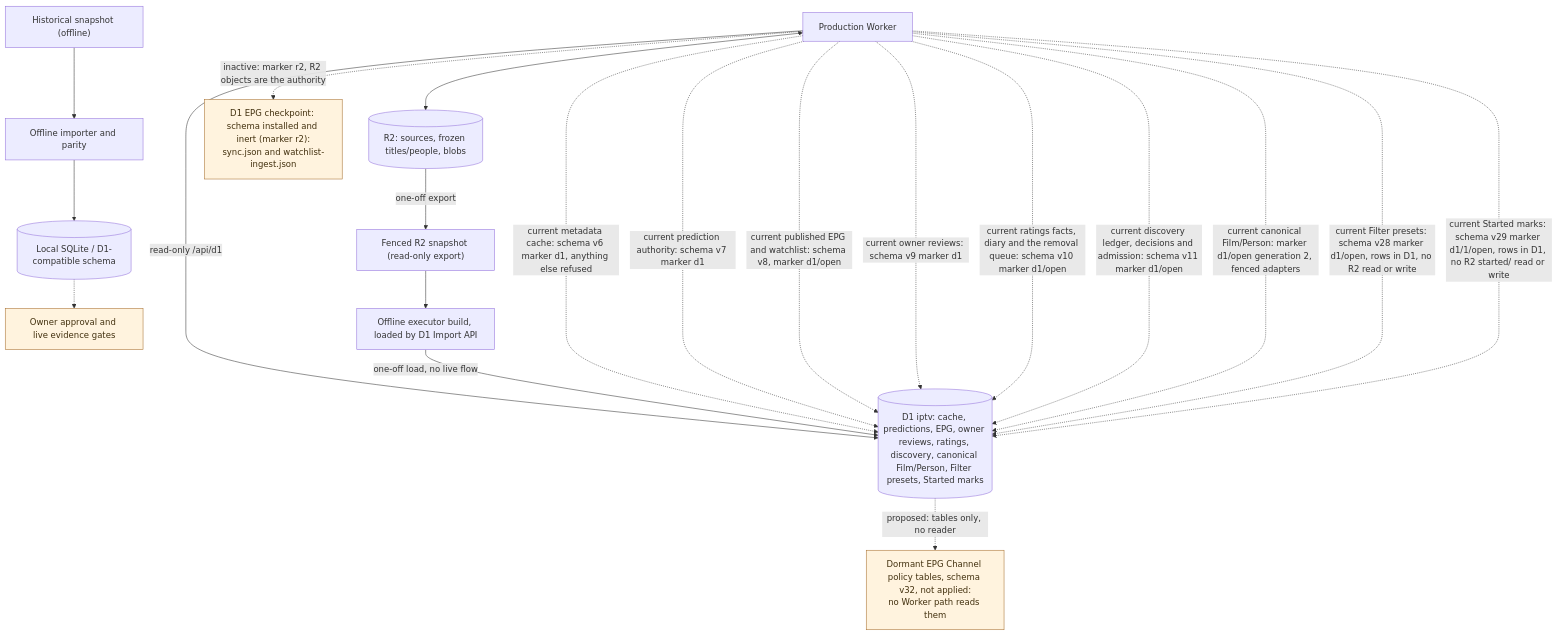
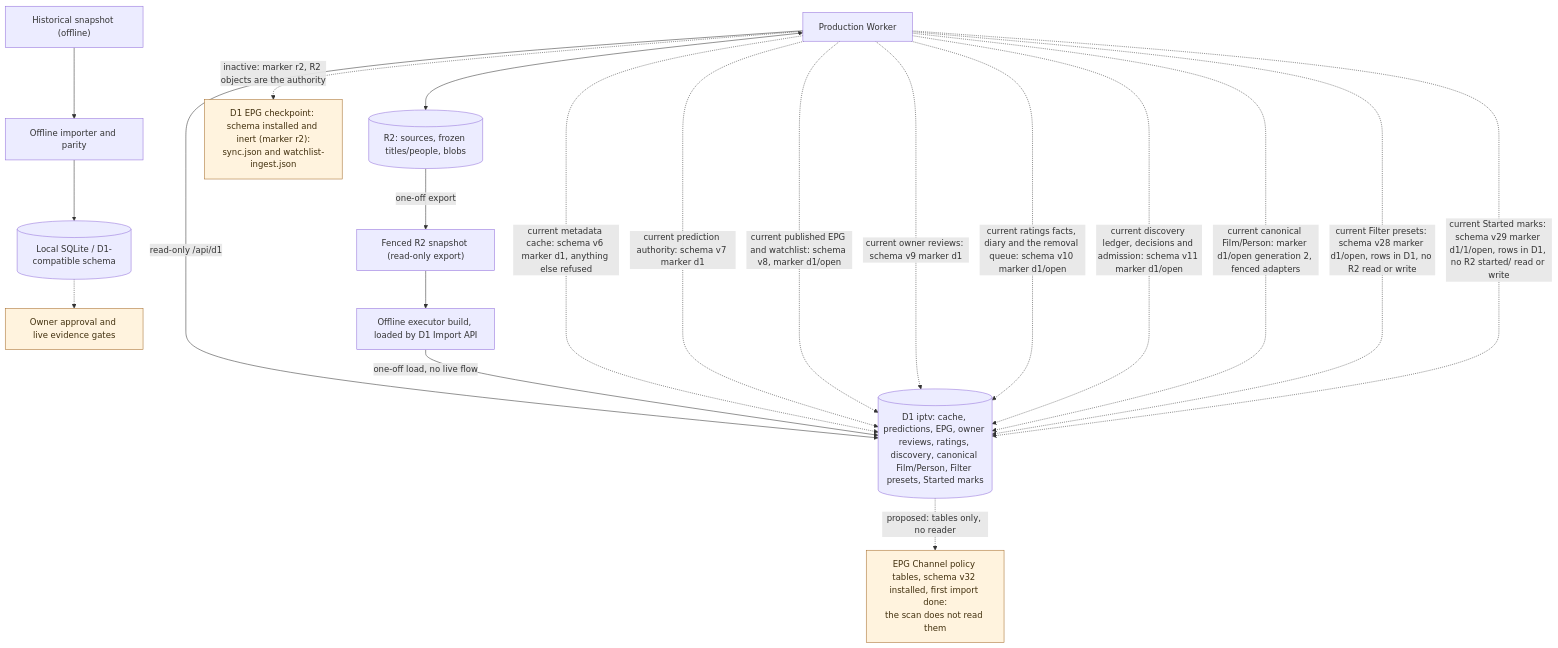
The diagram in docs/architecture/persistence-and-migration.md (vladimino/iptv-watchlist), drawn with Mermaid before and after one commit. The commit also changed other lines of this file and 9 other files, not shown here.

````diff
--- a/docs/architecture/persistence-and-migration.md
+++ b/docs/architecture/persistence-and-migration.md
@@ -7,32 +7,32 @@
 ```mermaid
 flowchart TD
     worker["Production Worker"]
     r2[("R2: sources, frozen titles/people, blobs")]
     archive["Historical snapshot (offline)"]
     importer["Offline importer and parity"]
     local[("Local SQLite / D1-compatible schema")]
     gate["Owner approval and live evidence gates"]
     snapshot["Fenced R2 snapshot (read-only export)"]
     reload["Offline executor build, loaded by D1 Import API"]
     d1[("D1 iptv: cache, predictions, EPG, owner reviews, ratings, discovery, canonical Film/Person, Filter presets, Started marks")]
     worker <--> r2
     worker -->|read-only /api/d1| d1
     archive --> importer --> local
     local -.-> gate
     r2 -->|one-off export| snapshot --> reload -->|one-off load, no live flow| d1
     worker -.->|current metadata cache: schema v6 marker d1, anything else refused| d1
     worker -.->|current prediction authority: schema v7 marker d1| d1
     worker -.->|current published EPG and watchlist: schema v8, marker d1/open| d1
     worker -.->|current owner reviews: schema v9 marker d1| d1
     worker -.->|current ratings facts, diary and the removal queue: schema v10 marker d1/open| d1
     worker -.->|current discovery ledger, decisions and admission: schema v11 marker d1/open| d1
     worker -.->|current canonical Film/Person: marker d1/open generation 2, fenced adapters| d1
     worker -.->|current Filter presets: schema v28 marker d1/open, rows in D1, no R2 read or write| d1
     worker -.->|current Started marks: schema v29 marker d1/1/open, rows in D1, no R2 started/ read or write| d1
     epgcp["D1 EPG checkpoint: schema installed and inert (marker r2):<br/>sync.json and watchlist-ingest.json"]
     worker -.->|"inactive: marker r2, R2 objects are the authority"| epgcp
-    chan["Dormant EPG Channel policy tables, schema v32, not applied:<br/>no Worker path reads them"]
+    chan["EPG Channel policy tables, schema v32 installed, first import done:<br/>the scan does not read them"]
     d1 -.->|"proposed: tables only, no reader"| chan
     classDef future fill:#fff3de,stroke:#a56c2b,color:#42300e
     class gate,epgcp,chan future
 ```
````
